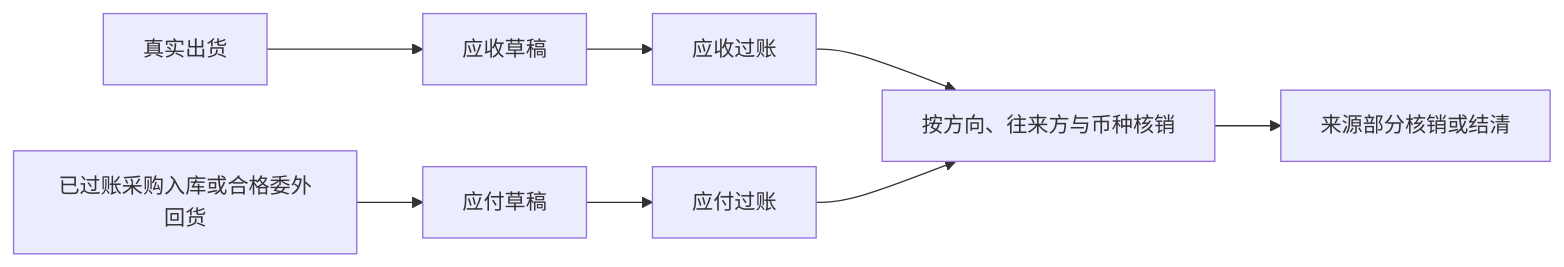
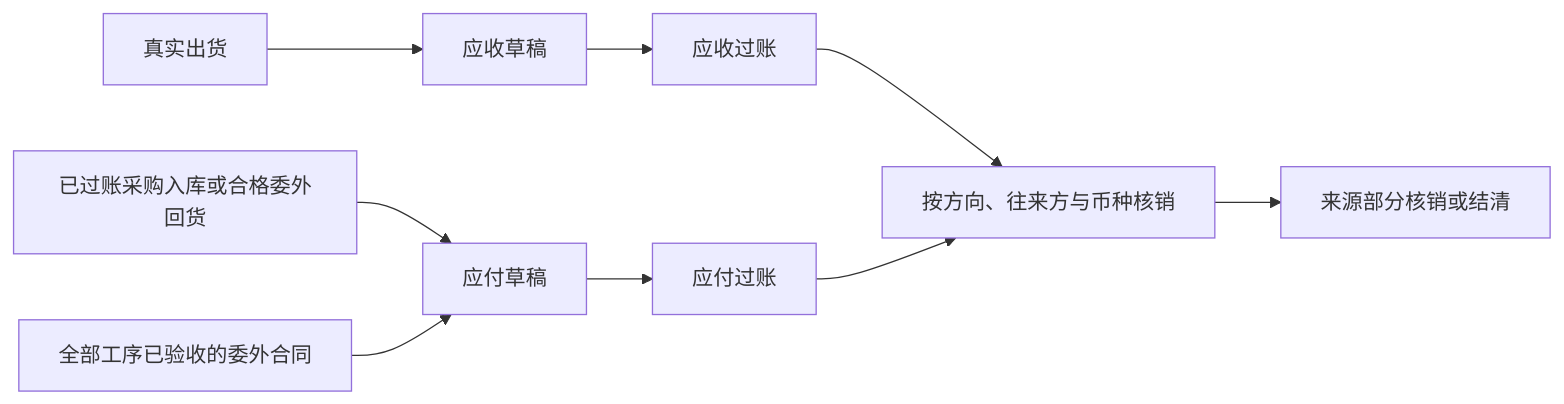
The first of 4 diagrams in docs/finance/财务业务与核销.md (saurick/plush-toy-erp), drawn with Mermaid before and after one commit. The commit also changed other lines of this file and 1030 other files, not shown here.

````diff
--- a/docs/finance/财务业务与核销.md
+++ b/docs/finance/财务业务与核销.md
@@ -57,8 +58,9 @@
 ```mermaid
 flowchart LR
   shipped["真实出货"] --> arDraft["应收草稿"] --> ar["应收过账"]
   received["已过账采购入库或合格委外回货"] --> apDraft["应付草稿"] --> ap["应付过账"]
+  stage["全部工序已验收的委外合同"] --> apDraft
   ar --> allocate["按方向、往来方与币种核销"]
   ap --> allocate
   allocate --> settled["来源部分核销或结清"]
 ```
````
